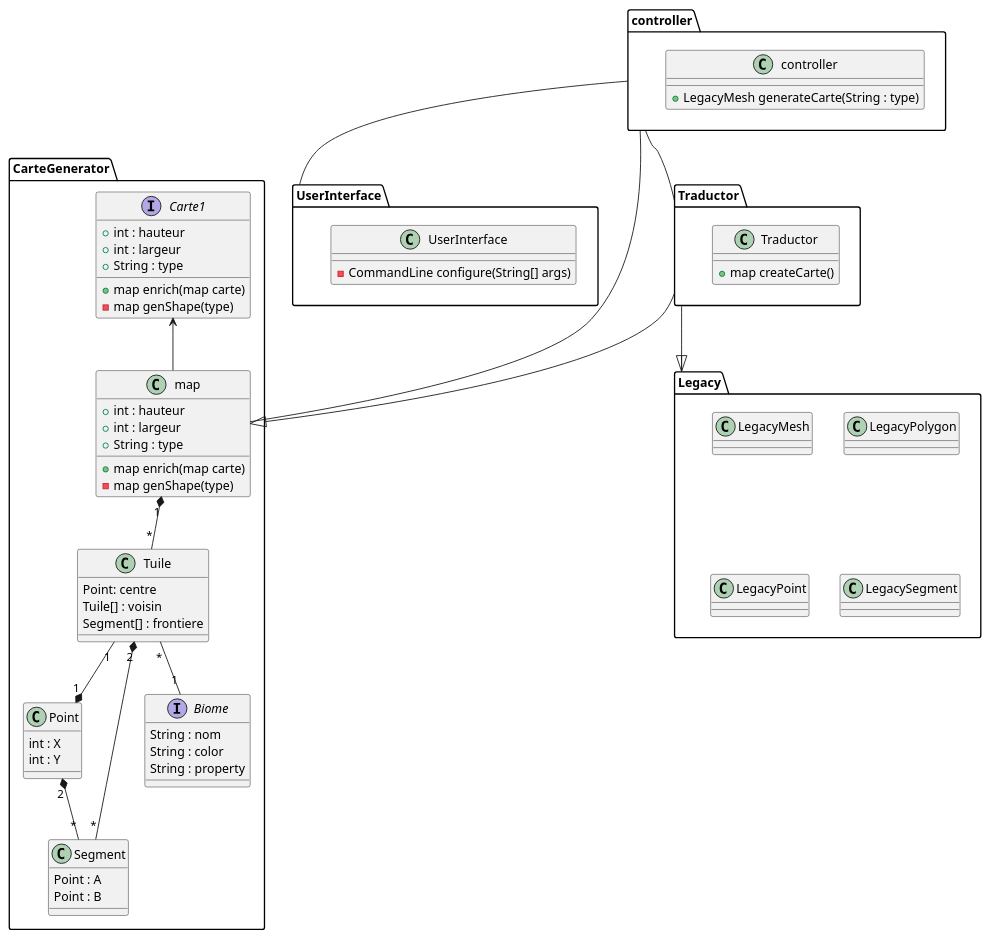
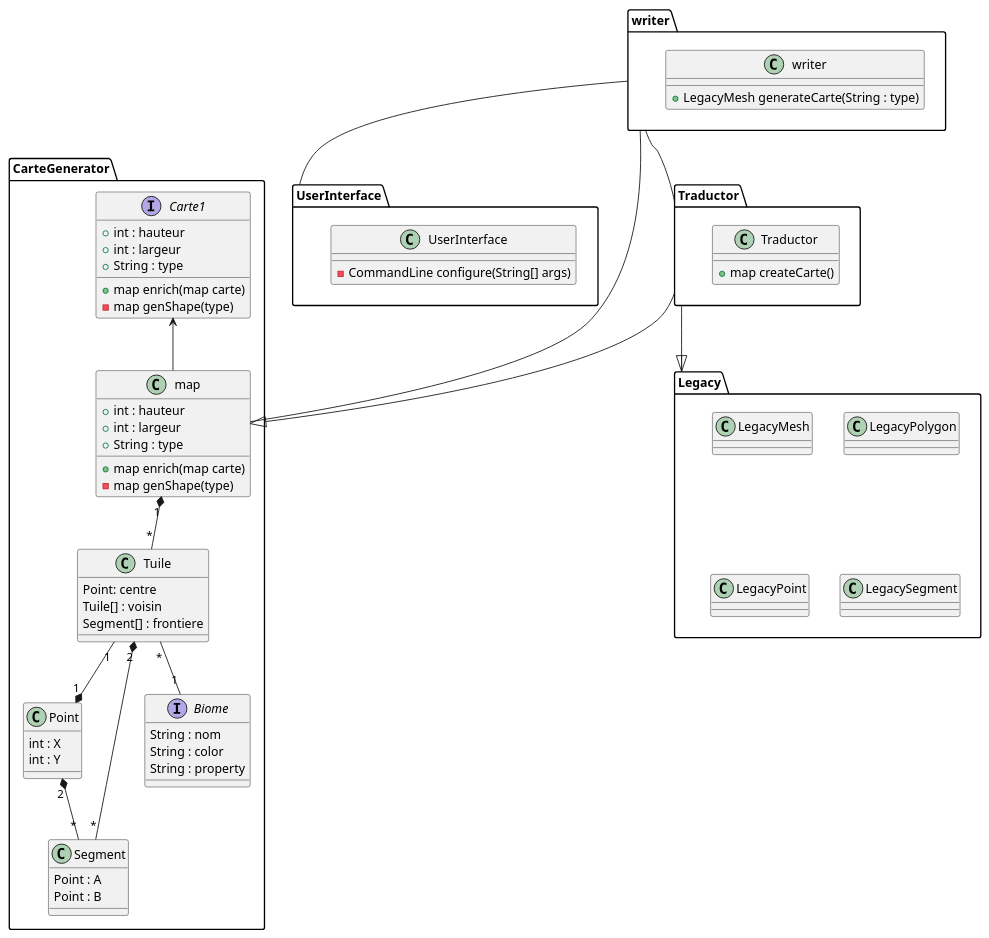
One commit to cryptoswarm/terrain-generator changed the diagram in diagrame_de_class.puml. Above: the diagram before and after it, drawn with PlantUML. The commit also changed 16 other files, not shown here.

```diff
--- a/diagrame_de_class.puml
+++ b/diagrame_de_class.puml
@@ -1,76 +1,76 @@
 @startuml
 
 package UserInterface {
     class UserInterface {
         - CommandLine configure(String[] args)
     }
 }
-Package controller {
-    class controller {
+Package writer {
+    class writer {
         + LegacyMesh generateCarte(String : type)
     }
 }
 Package Traductor {
     class Traductor{
         + map createCarte()
     }
 }
 Package Legacy {
     class LegacyMesh
     class LegacyPolygon
     class LegacyPoint
     class LegacySegment
 
 }
 
 Package CarteGenerator {
      Interface Carte1 {
         + int : hauteur
         + int : largeur
         + String : type
         + map enrich(map carte)
         - map genShape(type)
      }
 
      class map {
          + int : hauteur
          + int : largeur
          + String : type
          + map enrich(map carte)
          - map genShape(type)
 
      }
      class Tuile {
          Point: centre
          Tuile[] : voisin
          Segment[] : frontiere
      }
      class Point {
         int : X
         int : Y
      }
      class Segment {
         Point : A
         Point : B
      }
 
      Interface Biome {
         String : nom
         String : color
         String : property
      }
 }
 
 Carte1 <-- map
-controller -- UserInterface
-controller -- Traductor
-controller -- map
+writer -- UserInterface
+writer -- Traductor
+writer -- map
 Traductor --|> Legacy
 Traductor --|> map
 map "1" *-- "*" Tuile
 Tuile "*" -- "1" Biome
 Tuile "2" *-- "*" Segment
 Tuile "1" --* "1" Point
 Point "2" *-- "*" Segment
 
 @enduml
```
